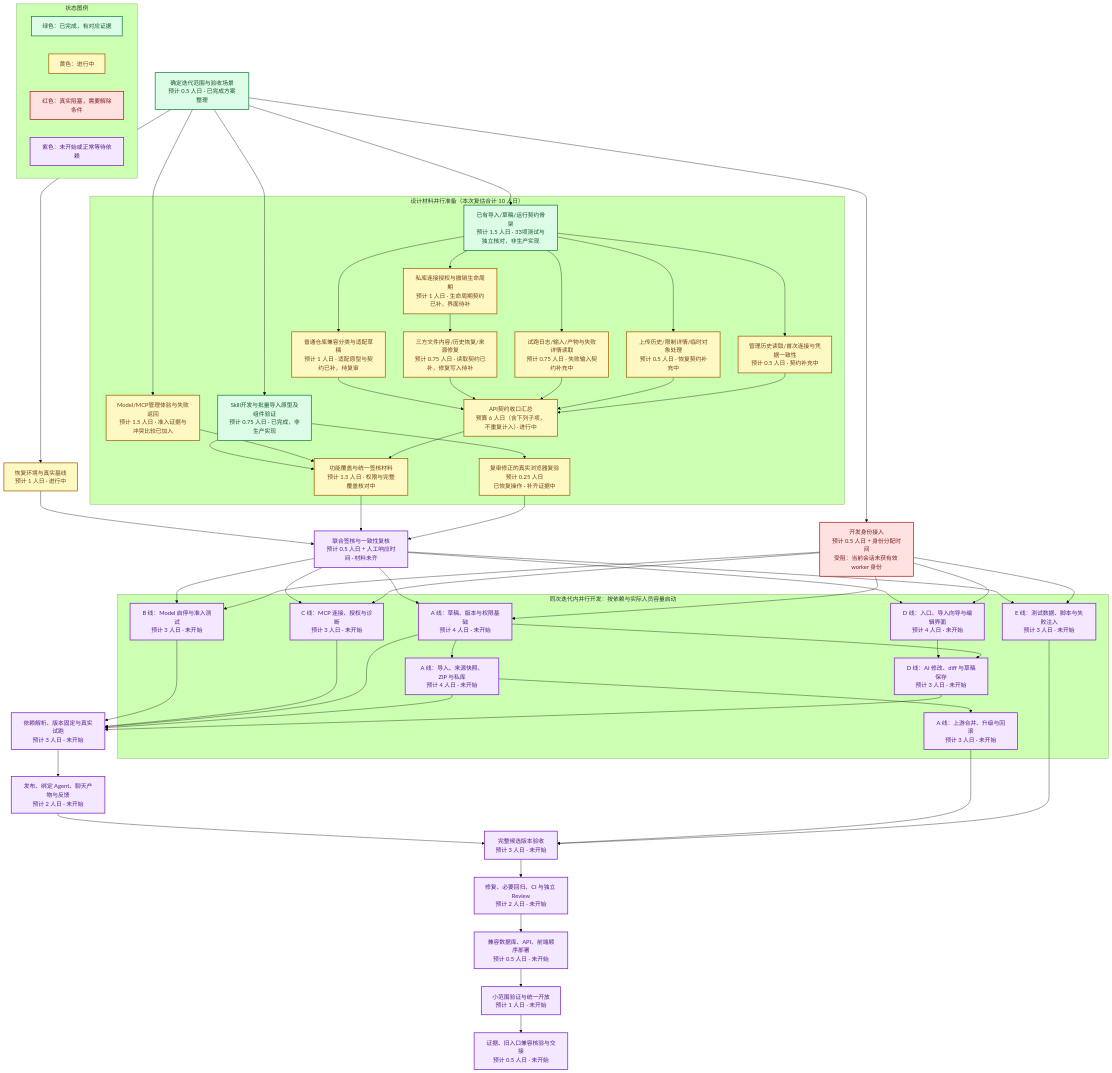
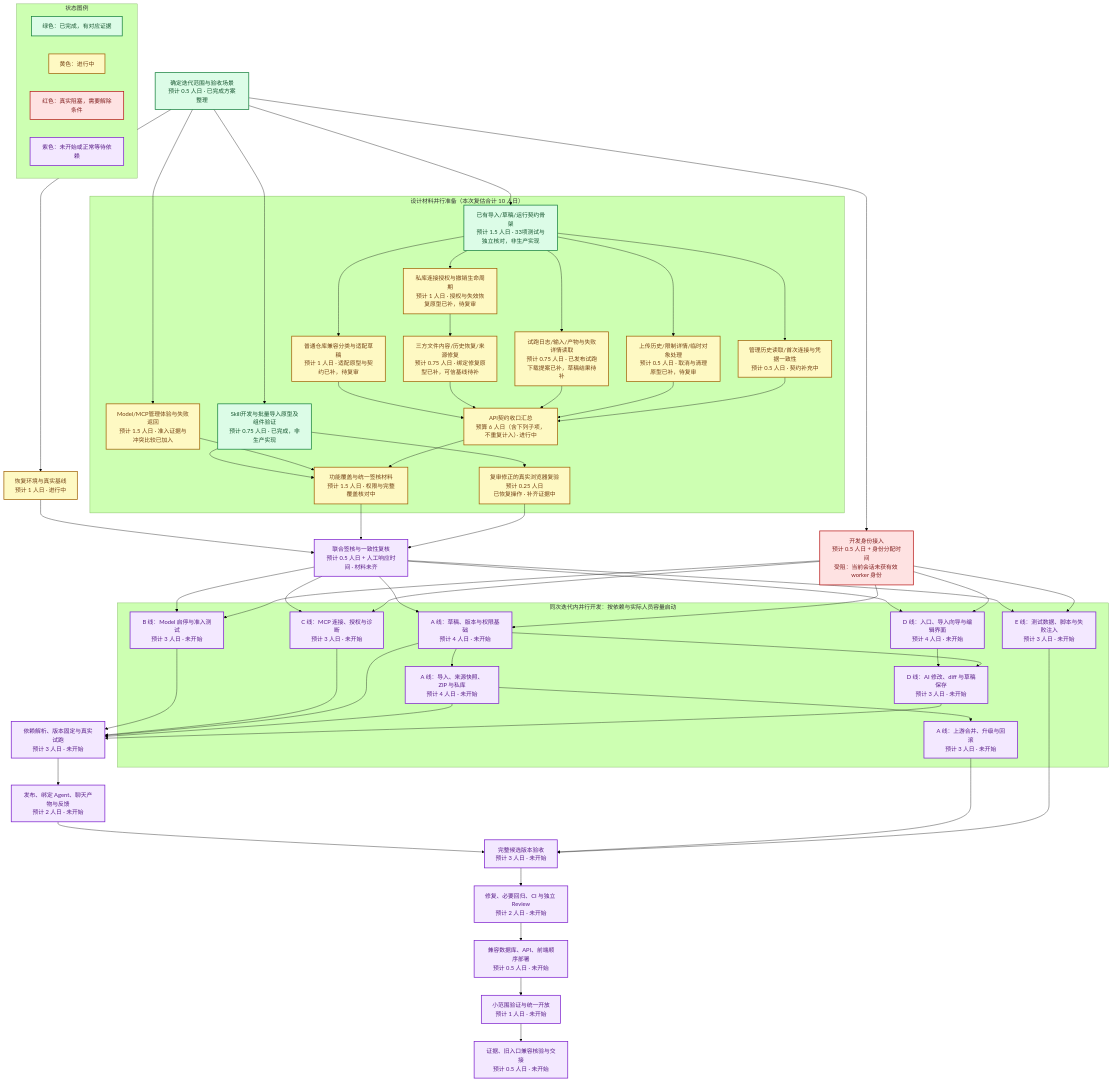
The diagram in docs/design/ai-capability-studio-e2e-plan-2026-09-09.md (boardx/workspacex), drawn with Mermaid (forest theme) before and after one commit. The commit also changed other lines of this file and 13 other files, not shown here.

```diff
--- a/docs/design/ai-capability-studio-e2e-plan-2026-09-09.md
+++ b/docs/design/ai-capability-studio-e2e-plan-2026-09-09.md
@@ -225,10 +227,10 @@
         C2 --> C4
         C30["已有导入/草稿/运行契约骨架<br/>预计 1.5 人日 · 33项测试与独立核对，非生产实现"]
         C31["普通仓库兼容分类与适配草稿<br/>预计 1 人日 · 适配原型与契约已补，待复审"]
-        C32["私库连接授权与撤销生命周期<br/>预计 1 人日 · 生命周期契约已补，界面待补"]
-        C33["试跑日志/输入/产物与失败详情读取<br/>预计 0.75 人日 · 失败输入契约补充中"]
-        C34["三方文件内容/历史恢复/来源修复<br/>预计 0.75 人日 · 读取契约已补，修复写入待补"]
-        C35["上传历史/限制详情/临时对象处理<br/>预计 0.5 人日 · 恢复契约补充中"]
+        C32["私库连接授权与撤销生命周期<br/>预计 1 人日 · 授权与失效恢复原型已补，待复审"]
+        C33["试跑日志/输入/产物与失败详情读取<br/>预计 0.75 人日 · 已发布试跑下载提案已补，草稿结果待补"]
+        C34["三方文件内容/历史恢复/来源修复<br/>预计 0.75 人日 · 绑定修复原型已补，可信基线待补"]
+        C35["上传历史/限制详情/临时对象处理<br/>预计 0.5 人日 · 取消与清理原型已补，待复审"]
         C36["管理历史读取/首次连接与凭据一致性<br/>预计 0.5 人日 · 契约补充中"]
         C30 --> C31 --> C3
         C30 --> C32 --> C34 --> C3
```
